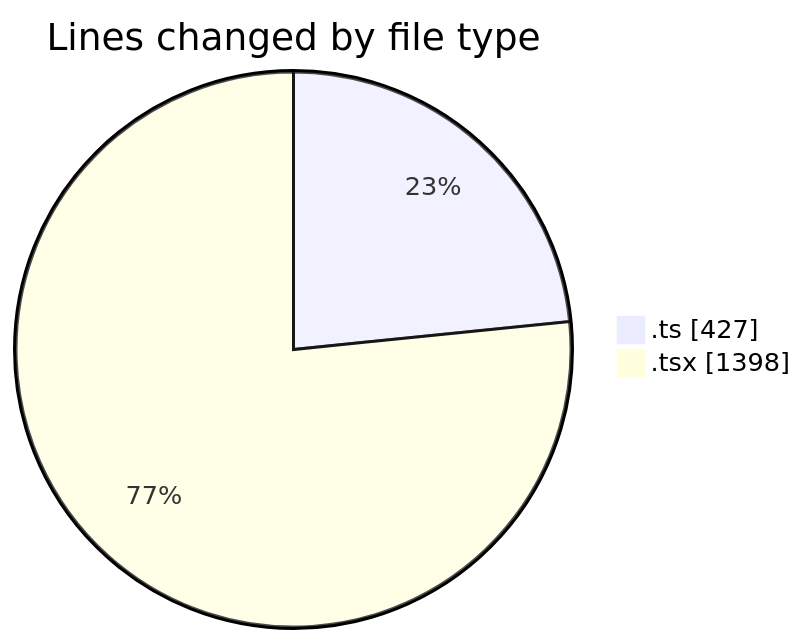
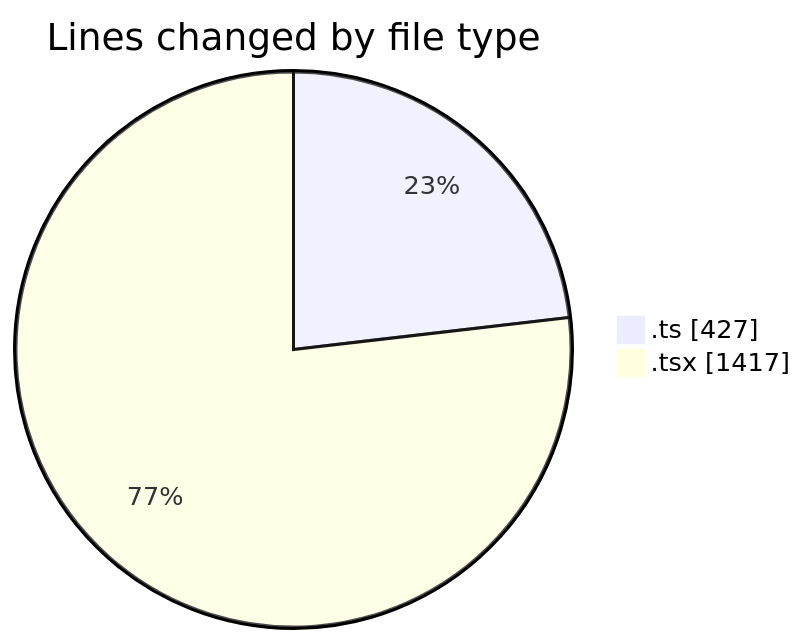
Before and after one commit to nxtqubesakshisongat/code-tracking: the first of 2 diagrams in 2026-03-11/nxtqube_webapp/README.md, drawn with Mermaid. The commit also changed other lines of this file and 1 other file, not shown here.

````diff
--- a/2026-03-11/nxtqube_webapp/README.md
+++ b/2026-03-11/nxtqube_webapp/README.md
@@ -22,6 +22,6 @@
 ```mermaid
 pie showData
 title Lines changed by file type
 ".ts" : 427
-".tsx" : 1398
+".tsx" : 1417
 ```
````
